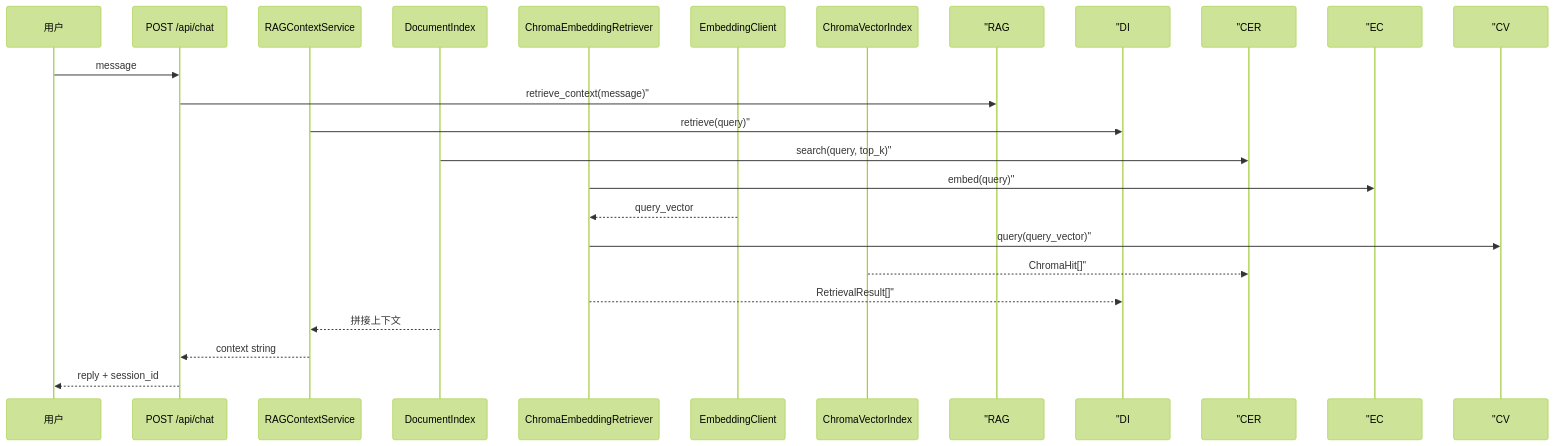
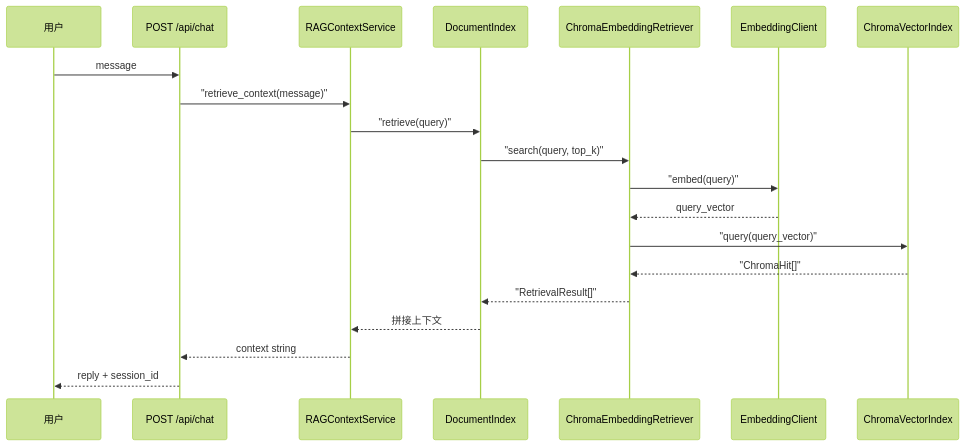
Before and after one commit to ab6539763/70_days_course_plus: the fourth of 5 diagrams in course/day29/03_架构设计.md, drawn with Mermaid (forest theme). The commit also changed other lines of this file and 80 other files, not shown here.

First line of the commit message:
fix(course): 修复 Mermaid 图表渲染报错 + 同步嵌入代码快照

````diff
--- a/course/day29/03_架构设计.md
+++ b/course/day29/03_架构设计.md
@@ -122,22 +122,22 @@
 ```mermaid
 sequenceDiagram
     participant U as 用户
     participant API as POST /api/chat
     participant RAG as RAGContextService
     participant DI as DocumentIndex
     participant CER as ChromaEmbeddingRetriever
     participant EC as EmbeddingClient
     participant CV as ChromaVectorIndex
     U->>API: message
-    API->> "RAG: retrieve_context(message)"
-    RAG->> "DI: retrieve(query)"
-    DI->> "CER: search(query, top_k)"
-    CER->> "EC: embed(query)"
+    API->>RAG: "retrieve_context(message)"
+    RAG->>DI: "retrieve(query)"
+    DI->>CER: "search(query, top_k)"
+    CER->>EC: "embed(query)"
     EC-->>CER: query_vector
-    CER->> "CV: query(query_vector)"
-    CV-->> "CER: ChromaHit[]"
-    CER-->> "DI: RetrievalResult[]"
+    CER->>CV: "query(query_vector)"
+    CV-->>CER: "ChromaHit[]"
+    CER-->>DI: "RetrievalResult[]"
     DI-->>RAG: 拼接上下文
     RAG-->>API: context string
     API-->>U: reply + session_id
 ```
````
